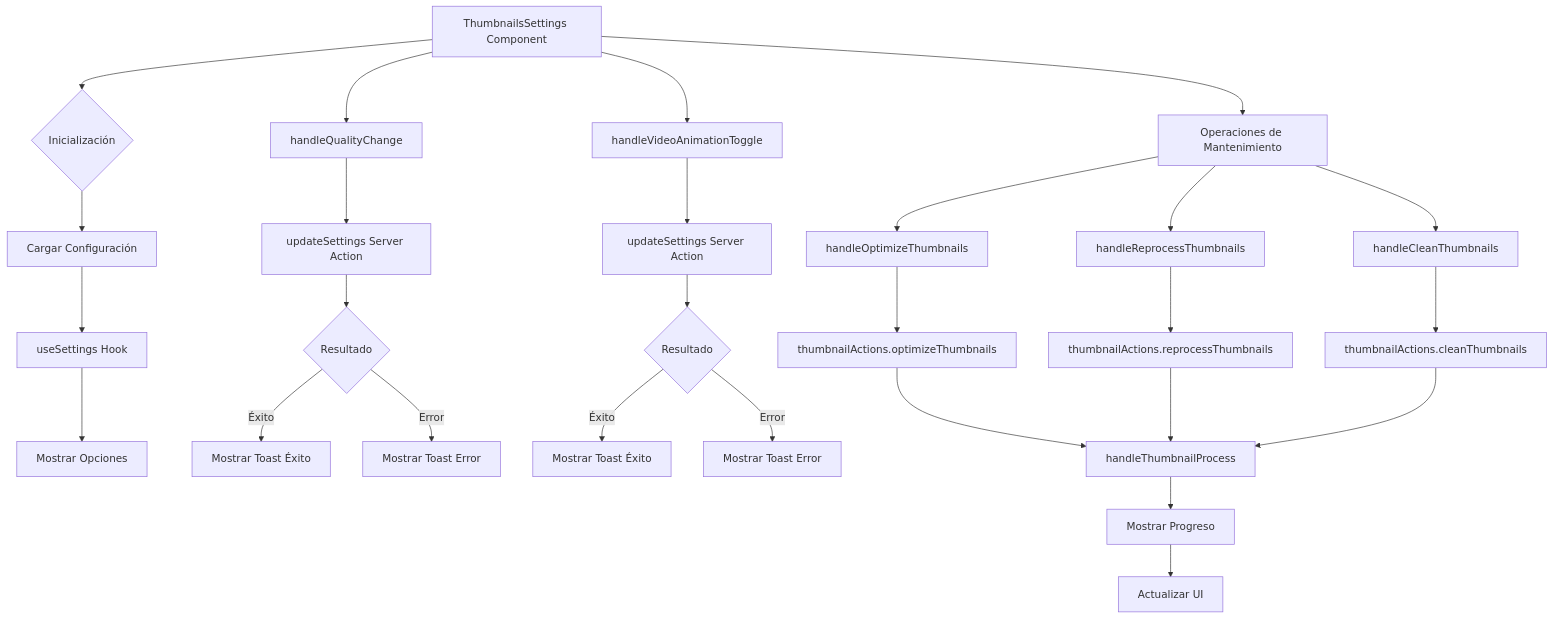
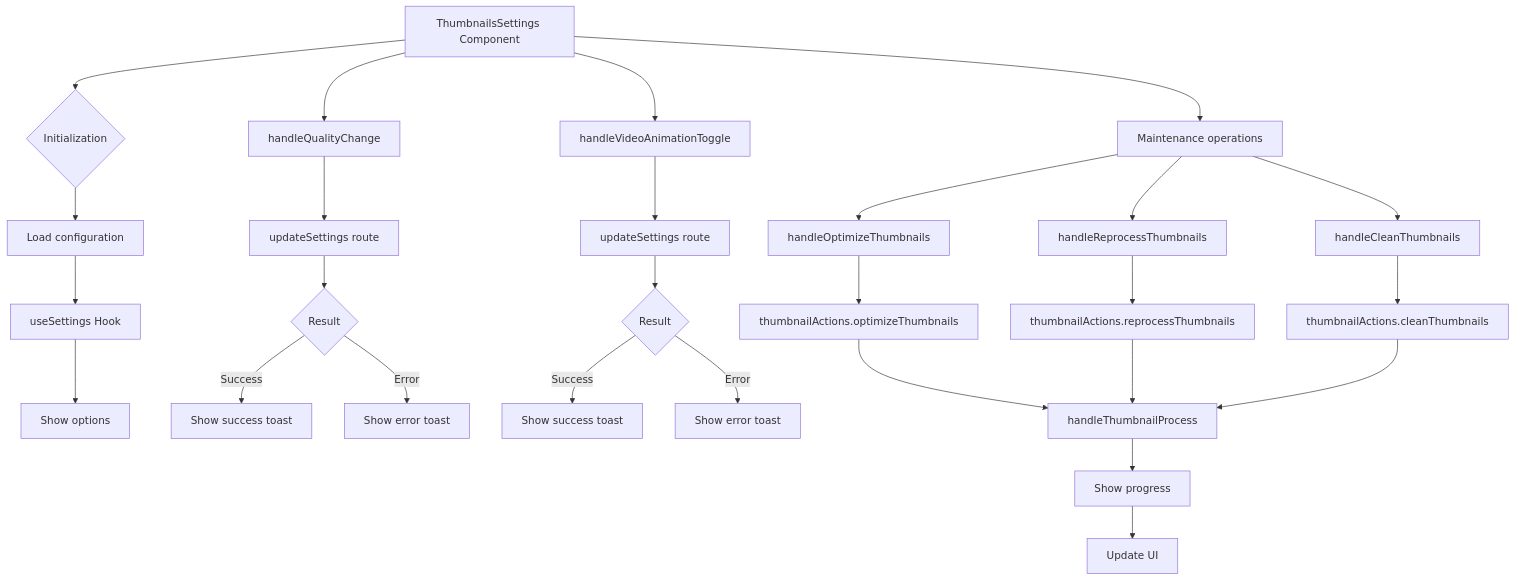
One commit to gvastethecreator/media-manager changed the diagram in src/components/settings/thumbnails/README.md. Above: the diagram before and after it, drawn with Mermaid. The commit also changed other lines of this file and 98 other files, not shown here.

Commit message:
docs: initialize comprehensive architectural documentation and component-level README files across the repository.

````diff
--- a/src/components/settings/thumbnails/README.md
+++ b/src/components/settings/thumbnails/README.md
@@ -17,35 +19,35 @@
 ```mermaid
 graph TD
-    A[ThumbnailsSettings Component] --> B{Inicialización}
-    B --> C[Cargar Configuración]
+    A[ThumbnailsSettings Component] --> B{Initialization}
+    B --> C[Load configuration]
     C --> D[useSettings Hook]
-    D --> E[Mostrar Opciones]
+    D --> E[Show options]
 
     A --> F[handleQualityChange]
-    F --> G[updateSettings Server Action]
-    G --> H{Resultado}
-    H -->|Éxito| I[Mostrar Toast Éxito]
-    H -->|Error| J[Mostrar Toast Error]
+    F --> G[updateSettings route]
+    G --> H{Result}
+    H -->|Success| I[Show success toast]
+    H -->|Error| J[Show error toast]
 
     A --> K[handleVideoAnimationToggle]
-    K --> L[updateSettings Server Action]
-    L --> M{Resultado}
-    M -->|Éxito| N[Mostrar Toast Éxito]
-    M -->|Error| O[Mostrar Toast Error]
+    K --> L[updateSettings route]
+    L --> M{Result}
+    M -->|Success| N[Show success toast]
+    M -->|Error| O[Show error toast]
 
-    A --> P[Operaciones de Mantenimiento]
+    A --> P[Maintenance operations]
     P --> Q1[handleOptimizeThumbnails]
     P --> Q2[handleReprocessThumbnails]
     P --> Q3[handleCleanThumbnails]
 
     Q1 --> R1[thumbnailActions.optimizeThumbnails]
     Q2 --> R2[thumbnailActions.reprocessThumbnails]
     Q3 --> R3[thumbnailActions.cleanThumbnails]
 
     R1 --> S[handleThumbnailProcess]
     R2 --> S
     R3 --> S
 
-    S --> T[Mostrar Progreso]
-    T --> U[Actualizar UI]
+    S --> T[Show progress]
+    T --> U[Update UI]
 ```
````
